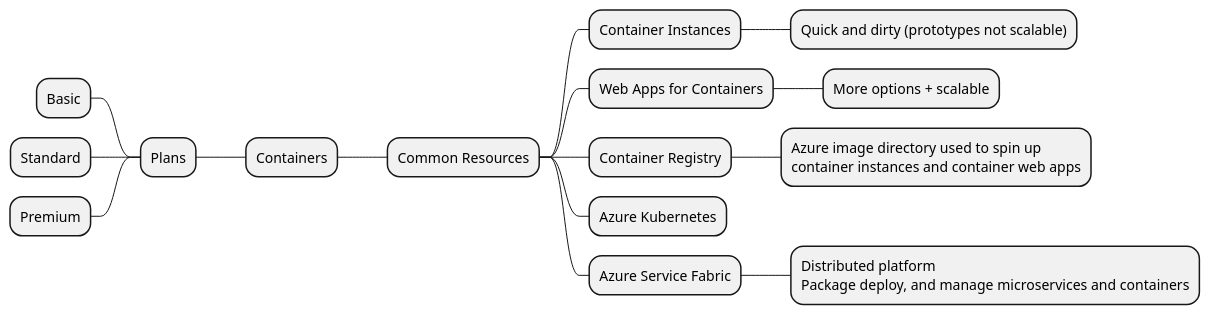
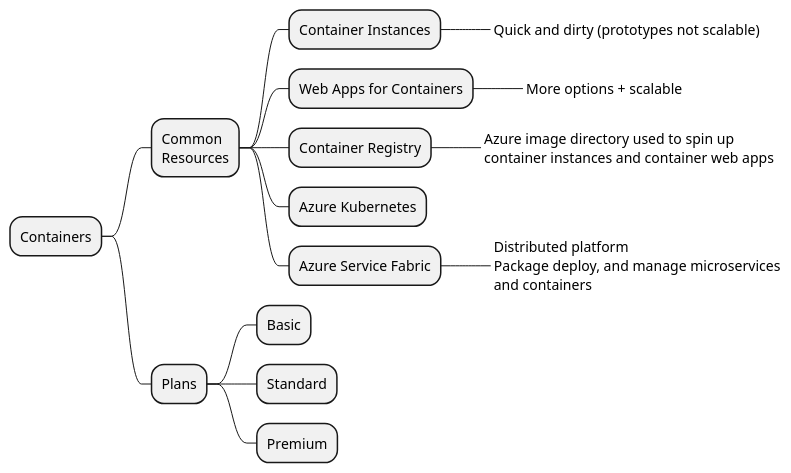
Before and after one commit to bobbyache/study-diagrams: the diagram in az-204/containers.plantuml, drawn with PlantUML. The commit also changed 21 other files, not shown here.

```diff
--- a/az-204/containers.plantuml
+++ b/az-204/containers.plantuml
@@ -1,20 +1,20 @@
-@startmindmap "Dynamic Programming"
+@startmindmap "Containers"
 
 + Containers
-++ Common Resources
+++ Common\nResources
 +++ Container Instances
-++++ Quick and dirty (prototypes not scalable)
+++++_ Quick and dirty (prototypes not scalable)
 +++ Web Apps for Containers
-++++ More options + scalable
+++++_ More options + scalable
 +++ Container Registry
-++++ Azure image directory used to spin up\ncontainer instances and container web apps
+++++_ Azure image directory used to spin up\ncontainer instances and container web apps
 +++ Azure Kubernetes
 +++ Azure Service Fabric
-++++ Distributed platform\nPackage deploy, and manage microservices and containers
--- Plans
---- Basic
---- Standard
---- Premium
+++++_ Distributed platform\nPackage deploy, and manage microservices\nand containers
+++ Plans
++++ Basic
++++ Standard
++++ Premium
 
 
 @endmindmap
```
